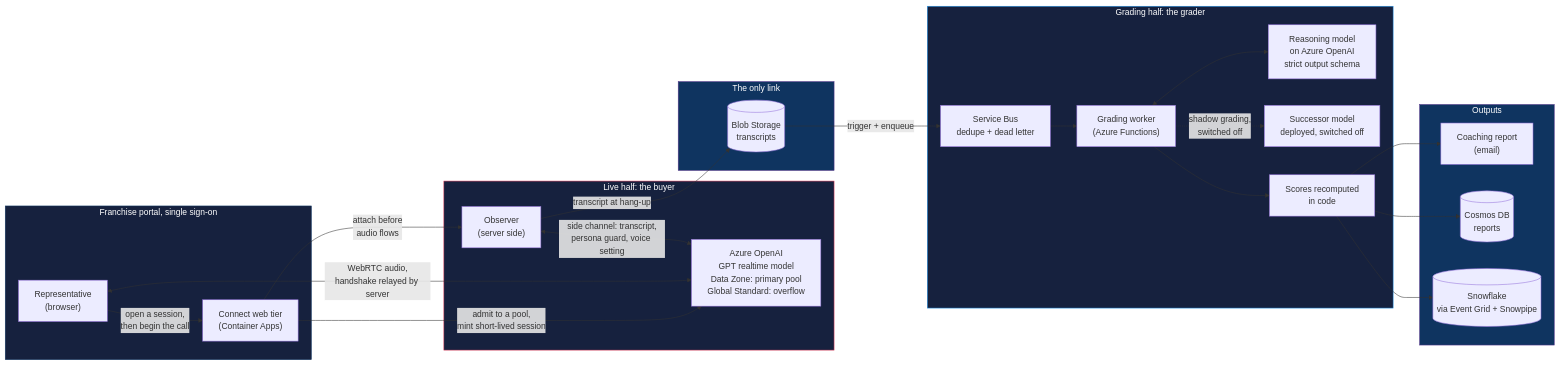
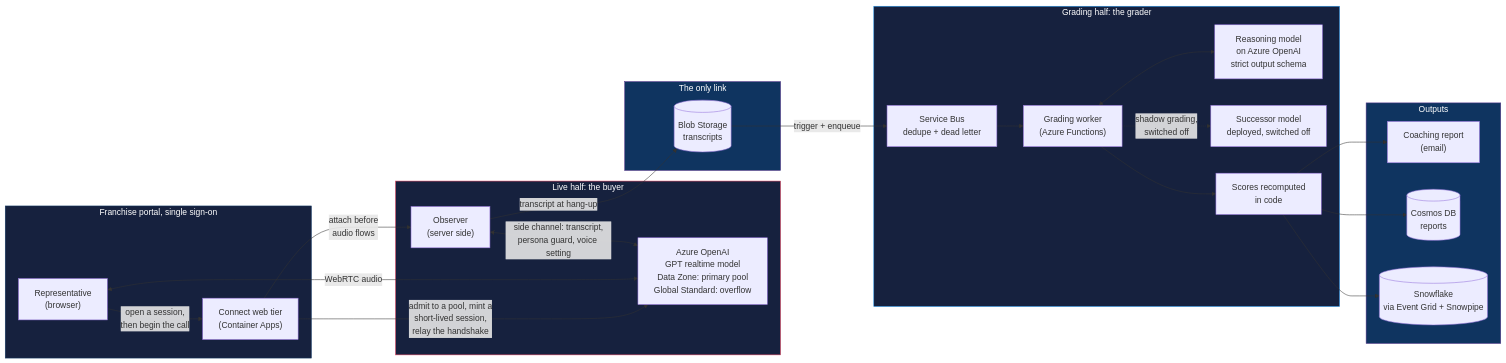
Before and after one commit to AIJSAI/connect-voice-ai-showcase: the diagram in README.md, drawn with Mermaid. The commit also changed other lines of this file and 7 other files, not shown here.

````diff
--- a/README.md
+++ b/README.md
@@ -33,51 +33,51 @@
 ```mermaid
 flowchart LR
     subgraph Portal["Franchise portal, single sign-on"]
         Rep["Representative<br/>(browser)"]
         Web["Connect web tier<br/>(Container Apps)"]
     end
 
     subgraph Live["Live half: the buyer"]
         RT["Azure OpenAI<br/>GPT realtime model<br/>Data Zone: primary pool<br/>Global Standard: overflow"]
         Obs["Observer<br/>(server side)"]
     end
 
     subgraph Store["The only link"]
         Blob[("Blob Storage<br/>transcripts")]
     end
 
     subgraph Grade["Grading half: the grader"]
         Q["Service Bus<br/>dedupe + dead letter"]
         G["Grading worker<br/>(Azure Functions)"]
         LLM["Reasoning model<br/>on Azure OpenAI<br/>strict output schema"]
         Next["Successor model<br/>deployed, switched off"]
         Calc["Scores recomputed<br/>in code"]
     end
 
     subgraph Out["Outputs"]
         Mail["Coaching report<br/>(email)"]
         DB[("Cosmos DB<br/>reports")]
         SF[("Snowflake<br/>via Event Grid + Snowpipe")]
     end
 
     Rep -->|open a session,<br/>then begin the call| Web
-    Web -->|admit to a pool,<br/>mint short-lived session| RT
+    Web -->|admit to a pool, mint a<br/>short-lived session,<br/>relay the handshake| RT
     Web -->|attach before<br/>audio flows| Obs
-    Rep <-->|WebRTC audio,<br/>handshake relayed by server| RT
+    Rep <-->|WebRTC audio| RT
     Obs <-->|side channel: transcript,<br/>persona guard, voice setting| RT
     Obs -->|transcript at hang-up| Blob
     Blob -->|trigger + enqueue| Q
     Q --> G
     G <--> LLM
     G -.->|shadow grading,<br/>switched off| Next
     G --> Calc
     Calc --> Mail
     Calc --> DB
     Calc --> SF
 
     style Portal fill:#16213e,stroke:#0f3460,color:#fff
     style Live fill:#16213e,stroke:#e94560,color:#fff
     style Store fill:#0f3460,stroke:#53348a,color:#fff
     style Grade fill:#16213e,stroke:#2496ED,color:#fff
     style Out fill:#0f3460,stroke:#53348a,color:#fff
 ```
````
